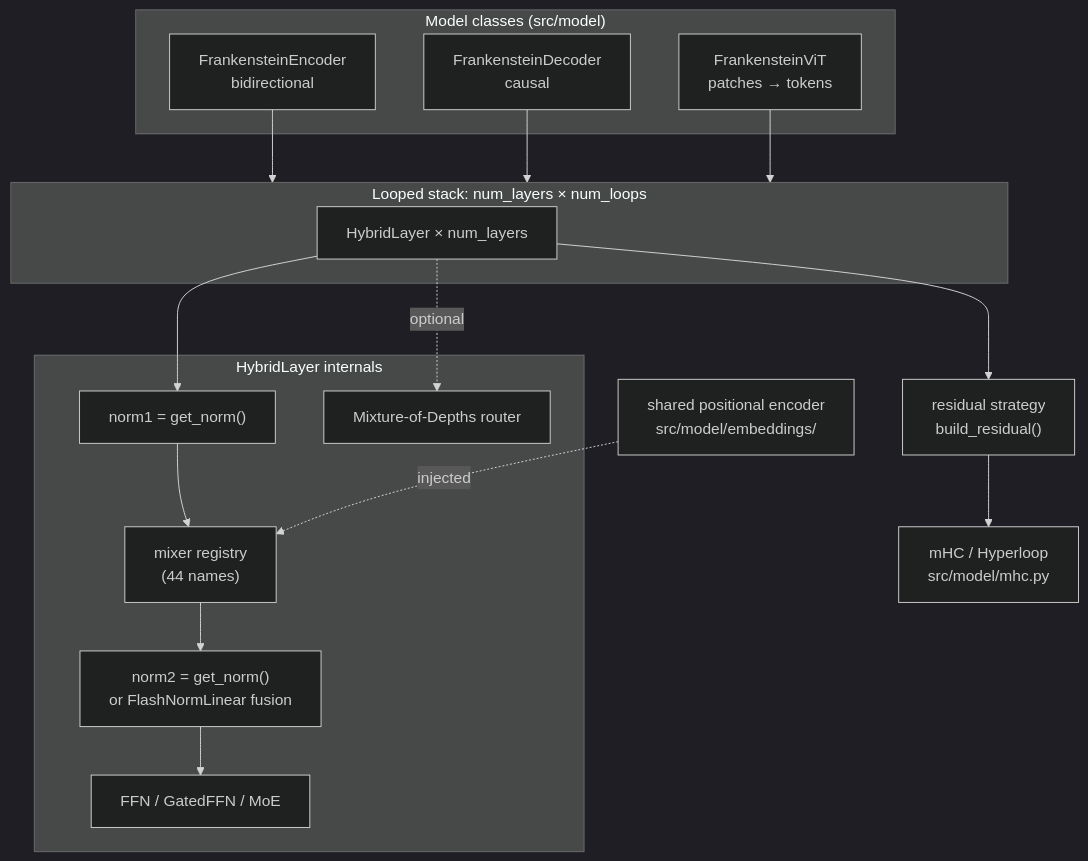
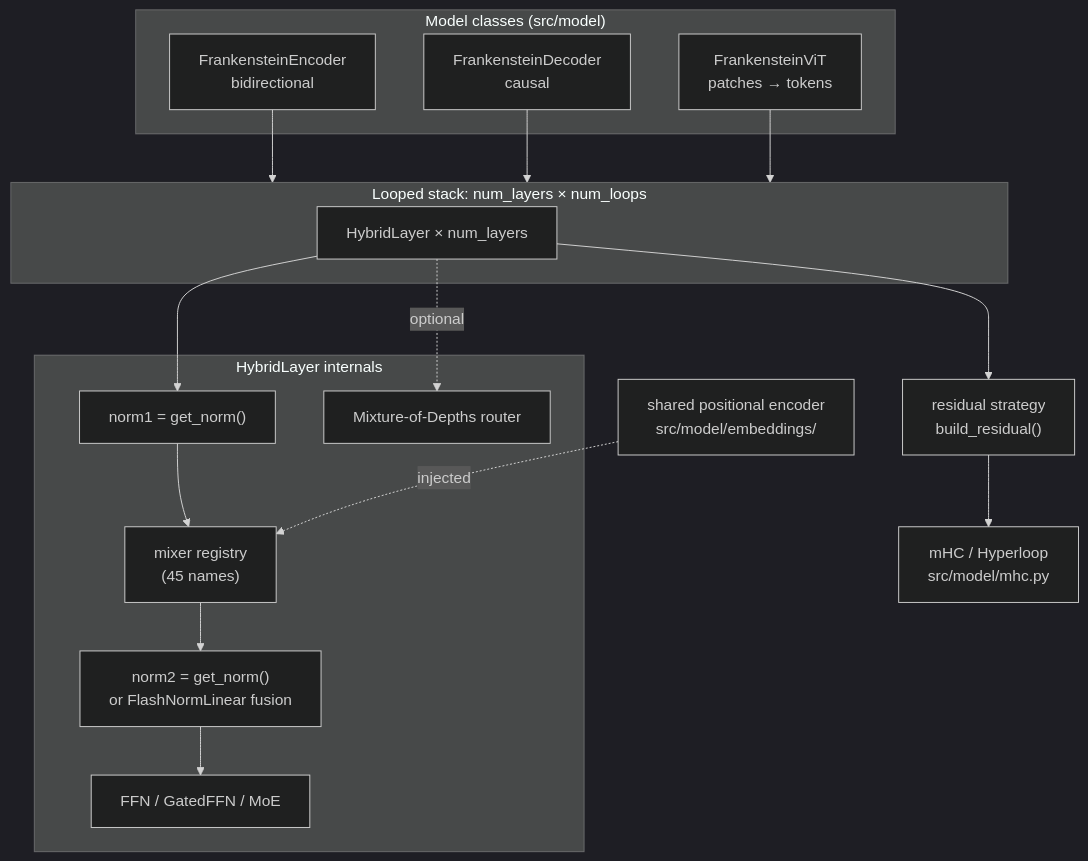
The third of 5 diagrams in docs/architecture.md (erickfmm/frankenstein-transformer), drawn with Mermaid (dark theme) before and after one commit. The commit also changed other lines of this file and 18 other files, not shown here.

````diff
--- a/docs/architecture.md
+++ b/docs/architecture.md
@@ -170,30 +170,30 @@
 ```mermaid
 flowchart TD
     subgraph MODELS["Model classes (src/model)"]
       ENC["FrankensteinEncoder<br/>bidirectional"]
       DEC["FrankensteinDecoder<br/>causal"]
       VIT["FrankensteinViT<br/>patches → tokens"]
     end
 
     ENC --> LOOP
     DEC --> LOOP
     VIT --> LOOP
 
     subgraph LOOP["Looped stack: num_layers × num_loops"]
       HL["HybridLayer × num_layers"]
     end
 
     subgraph HYBRID["HybridLayer internals"]
       N1["norm1 = get_norm()"]
-      MX["mixer registry<br/>(44 names)"]
+      MX["mixer registry<br/>(45 names)"]
       FF["FFN / GatedFFN / MoE"]
       N2["norm2 = get_norm()<br/>or FlashNormLinear fusion"]
       MOD["Mixture-of-Depths router"]
     end
 
     HL --> N1 --> MX --> N2 --> FF
     HL -. optional .-> MOD
     PE["shared positional encoder<br/>src/model/embeddings/"] -. injected .-> MX
     HL --> RES["residual strategy<br/>build_residual()"]
     RES --> MHC["mHC / Hyperloop<br/>src/model/mhc.py"]
 ```
````
